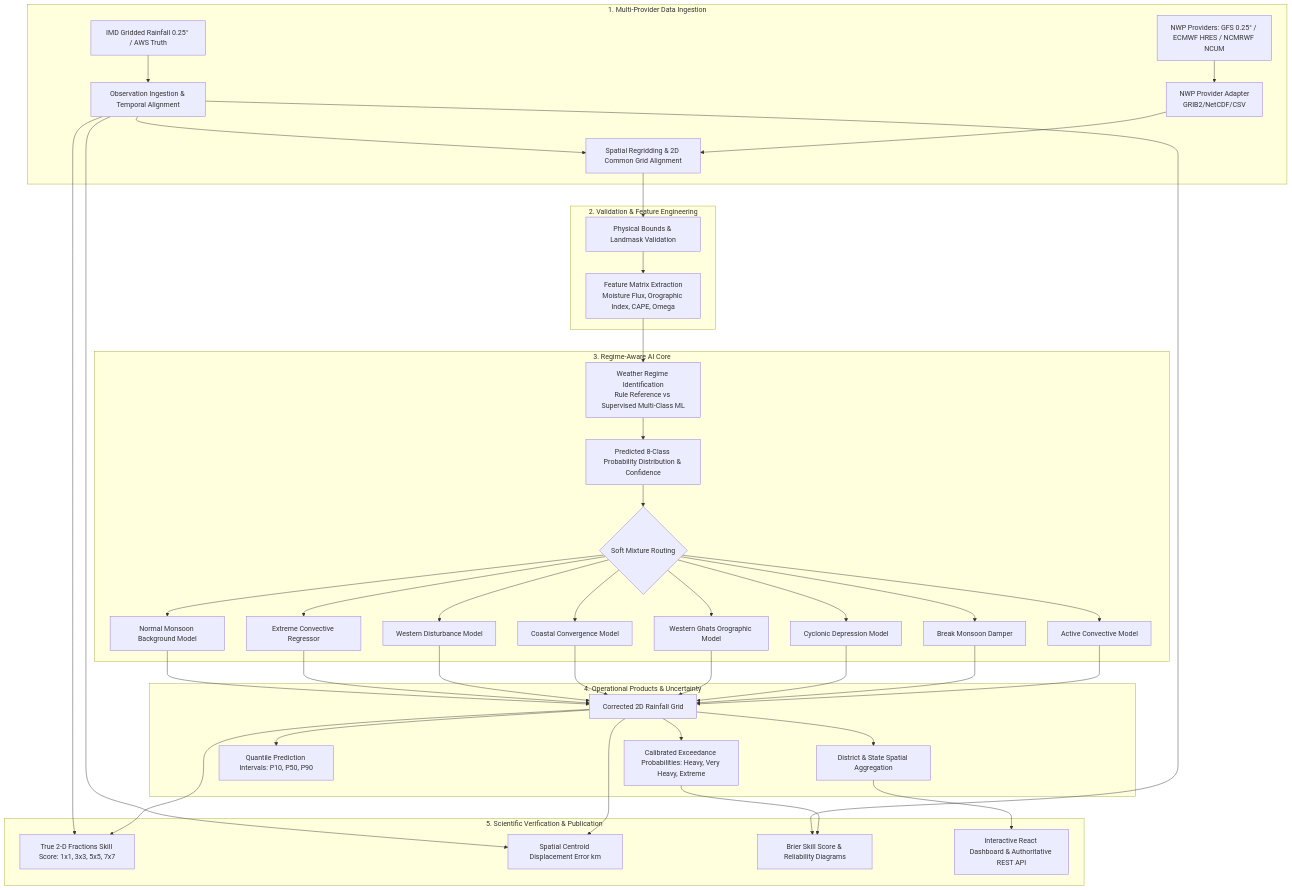
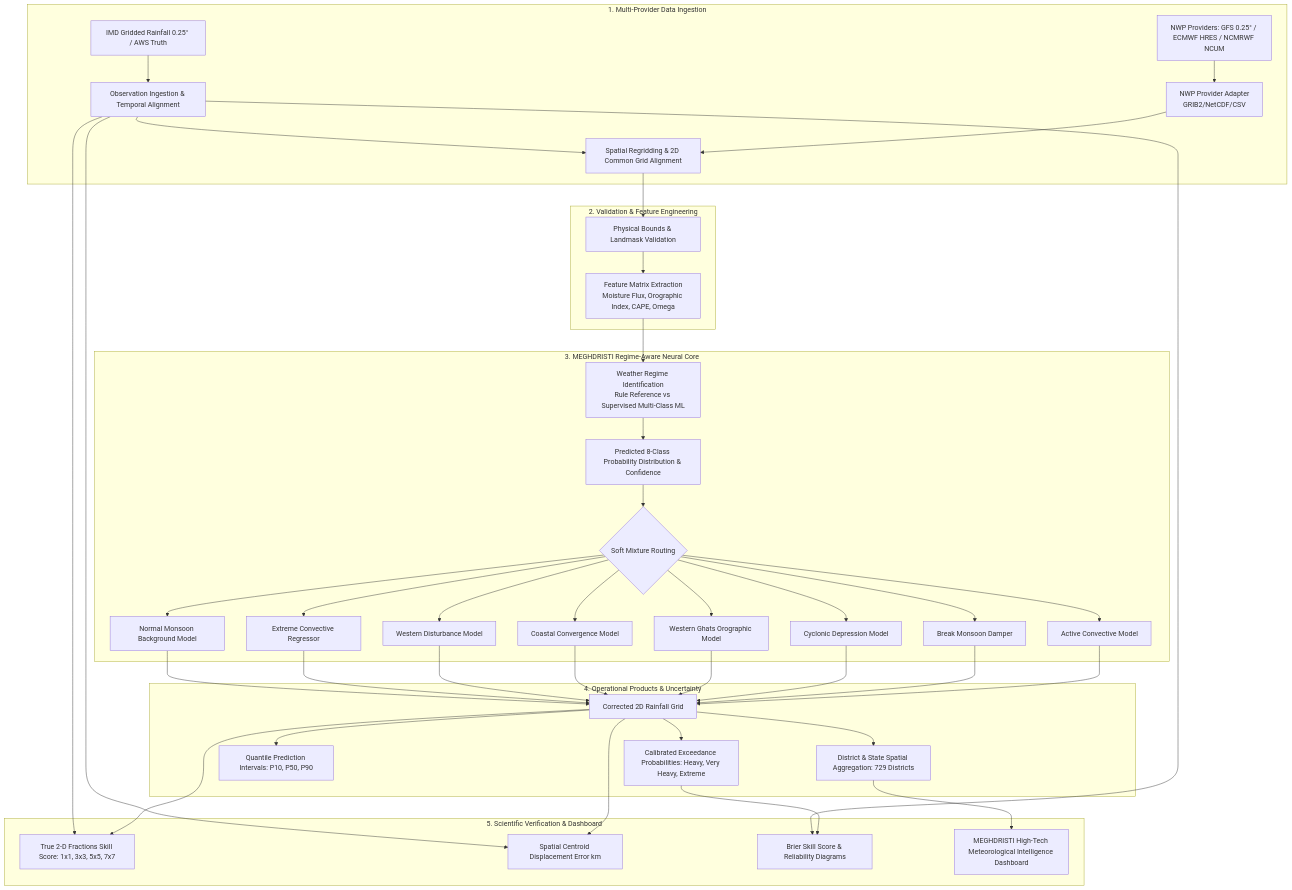
One commit to codezavengers/monsoon-ai changed the diagram in README.md. Above: the diagram before and after it, drawn with Mermaid. The commit also changed other lines of this file and 15 other files, not shown here.

````diff
--- a/README.md
+++ b/README.md
@@ -31,41 +33,41 @@
 ```mermaid
 flowchart TD
     subgraph Data_Pipeline [1. Multi-Provider Data Ingestion]
         N1[NWP Providers: GFS 0.25° / ECMWF HRES / NCMRWF NCUM] --> A1[NWP Provider Adapter<br/>GRIB2/NetCDF/CSV]
         O1[IMD Gridded Rainfall 0.25° / AWS Truth] --> A2[Observation Ingestion & Temporal Alignment]
         A1 & A2 --> A3[Spatial Regridding & 2D Common Grid Alignment]
     end
 
     subgraph Preprocessing [2. Validation & Feature Engineering]
         A3 --> B1[Physical Bounds & Landmask Validation]
         B1 --> B2[Feature Matrix Extraction<br/>Moisture Flux, Orographic Index, CAPE, Omega]
     end
 
-    subgraph Regime_AI [3. Regime-Aware AI Core]
+    subgraph Regime_AI [3. MEGHDRISTI Regime-Aware Neural Core]
         B2 --> C1[Weather Regime Identification<br/>Rule Reference vs Supervised Multi-Class ML]
         C1 --> C2[Predicted 8-Class Probability Distribution & Confidence]
         C2 --> D1{Soft Mixture Routing}
         D1 --> M1[Active Convective Model]
         D1 --> M2[Break Monsoon Damper]
         D1 --> M3[Cyclonic Depression Model]
         D1 --> M4[Western Ghats Orographic Model]
         D1 --> M5[Coastal Convergence Model]
         D1 --> M6[Western Disturbance Model]
         D1 --> M7[Extreme Convective Regressor]
         D1 --> M8[Normal Monsoon Background Model]
     end
 
     subgraph Products [4. Operational Products & Uncertainty]
         M1 & M2 & M3 & M4 & M5 & M6 & M7 & M8 --> E1[Corrected 2D Rainfall Grid]
         E1 --> E2[Calibrated Exceedance Probabilities: Heavy, Very Heavy, Extreme]
         E1 --> E3[Quantile Prediction Intervals: P10, P50, P90]
-        E1 --> E4[District & State Spatial Aggregation]
+        E1 --> E4[District & State Spatial Aggregation: 729 Districts]
     end
 
-    subgraph Verification [5. Scientific Verification & Publication]
+    subgraph Verification [5. Scientific Verification & Dashboard]
         E1 & A2 --> V1[True 2-D Fractions Skill Score: 1x1, 3x3, 5x5, 7x7]
         E1 & A2 --> V2[Spatial Centroid Displacement Error km]
         E2 & A2 --> V3[Brier Skill Score & Reliability Diagrams]
-        E4 --> V4[Interactive React Dashboard & Authoritative REST API]
+        E4 --> V4[MEGHDRISTI High-Tech Meteorological Intelligence Dashboard]
     end
 ```
````
